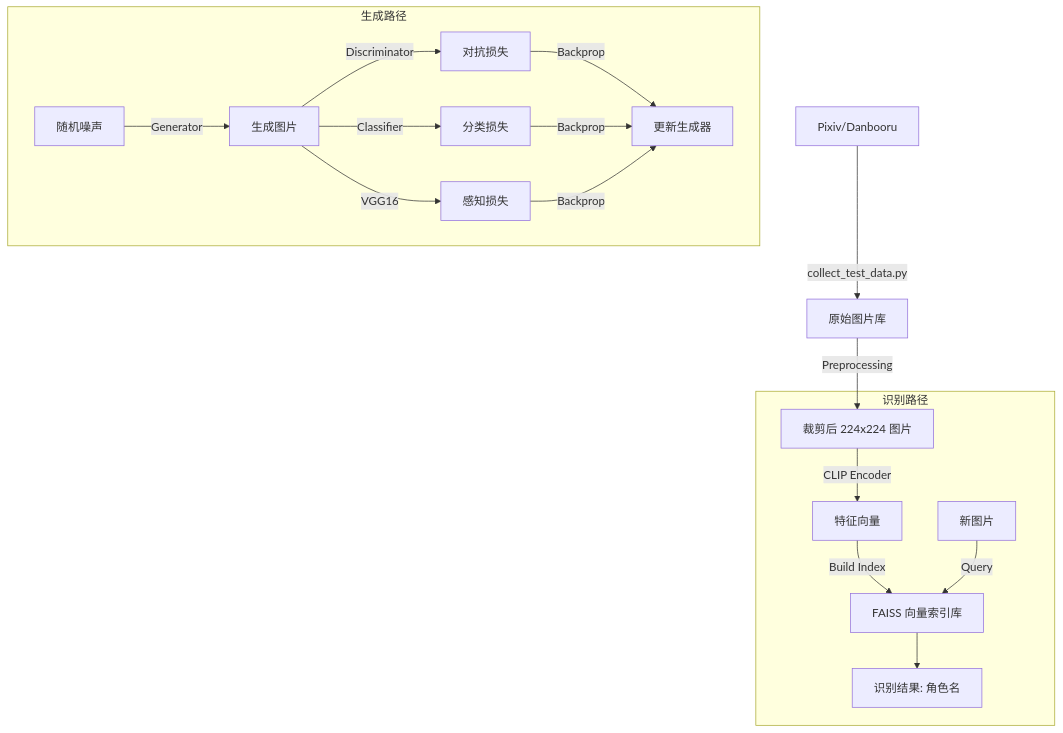
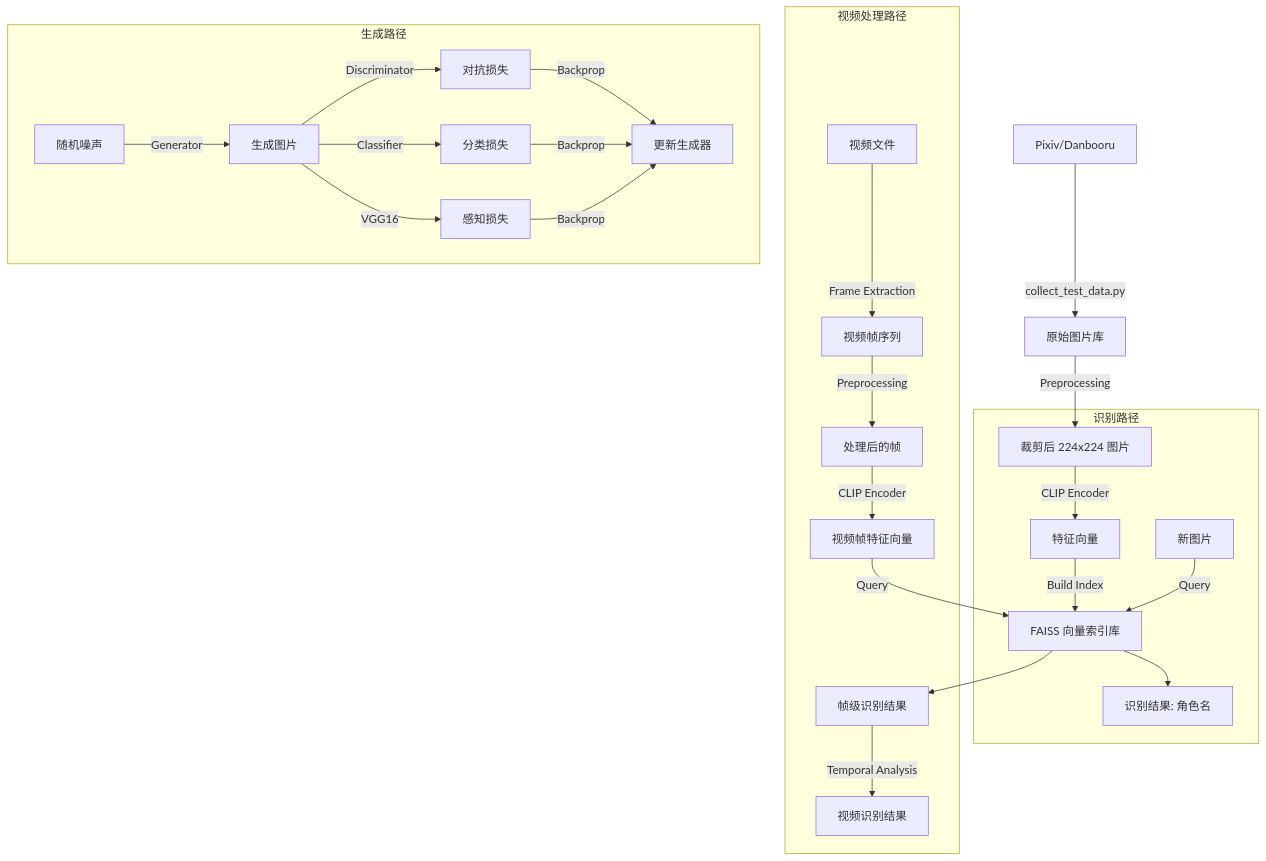
The diagram in docs/TECHNICAL_ARCHITECTURE.md (caozhaoqi/anime_role_detect), drawn with Mermaid before and after one commit. The commit also changed other lines of this file and 4 other files, not shown here.

````diff
--- a/docs/TECHNICAL_ARCHITECTURE.md
+++ b/docs/TECHNICAL_ARCHITECTURE.md
@@ -143,20 +156,29 @@
 ```mermaid
 graph TD
     Web[Pixiv/Danbooru] -->|collect_test_data.py| RawData[原始图片库]
     RawData -->|Preprocessing| Cropped[裁剪后 224x224 图片]
     
     subgraph 识别路径
     Cropped -->|CLIP Encoder| Vectors[特征向量]
     Vectors -->|Build Index| FAISS[FAISS 向量索引库]
     NewImg[新图片] -->|Query| FAISS
     FAISS --> Result[识别结果: 角色名]
     end
     
+    subgraph 视频处理路径
+    VideoFile[视频文件] -->|Frame Extraction| Frames[视频帧序列]
+    Frames -->|Preprocessing| ProcessedFrames[处理后的帧]
+    ProcessedFrames -->|CLIP Encoder| VideoVectors[视频帧特征向量]
+    VideoVectors -->|Query| FAISS
+    FAISS --> FrameResults[帧级识别结果]
+    FrameResults -->|Temporal Analysis| VideoResult[视频识别结果]
+    end
+    
     subgraph 生成路径
     Noise[随机噪声] -->|Generator| FakeImg[生成图片]
     FakeImg -->|Discriminator| Loss1[对抗损失]
     FakeImg -->|Classifier| Loss2[分类损失]
     FakeImg -->|VGG16| Loss3[感知损失]
     Loss1 & Loss2 & Loss3 -->|Backprop| UpdateG[更新生成器]
     end
 ```
````
